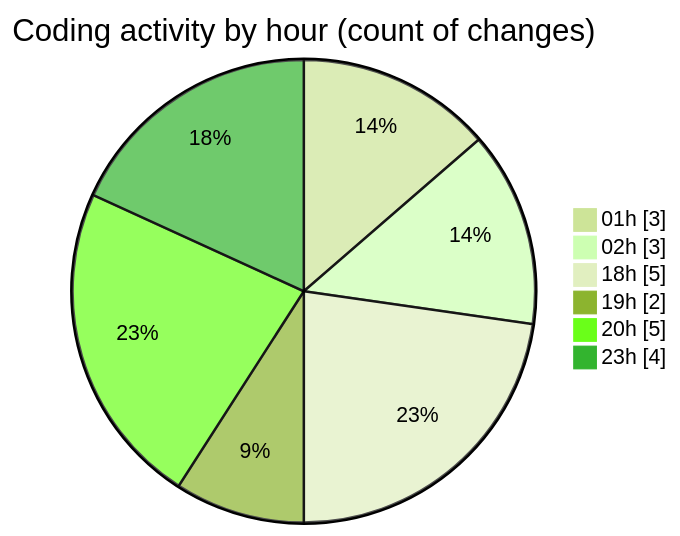
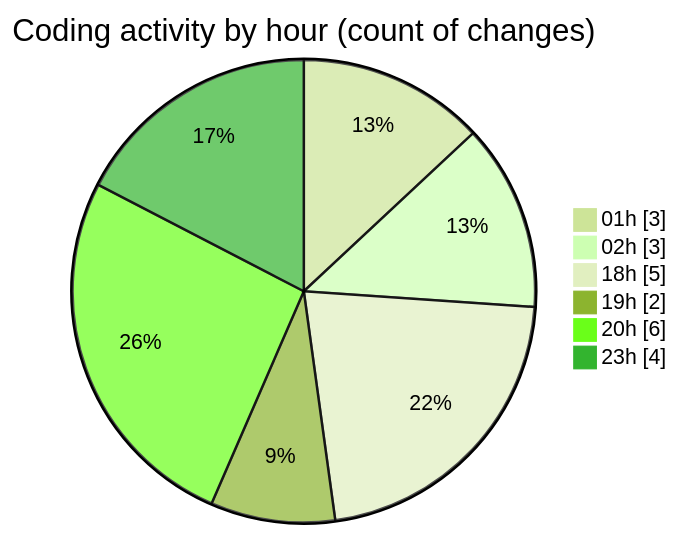
One commit to lephambinh05/code-tracking changed the second of 2 diagrams in 2025-09-08/quanlylink/README.md. Above: the diagram before and after it, drawn with Mermaid (forest theme). The commit also changed other lines of this file and 1 other file, not shown here.

````diff
--- a/2025-09-08/quanlylink/README.md
+++ b/2025-09-08/quanlylink/README.md
@@ -47,10 +47,10 @@
 ```mermaid
 pie showData
 title Coding activity by hour (count of changes)
 "01h" : 3
 "02h" : 3
 "18h" : 5
 "19h" : 2
-"20h" : 5
+"20h" : 6
 "23h" : 4
 ```
````
